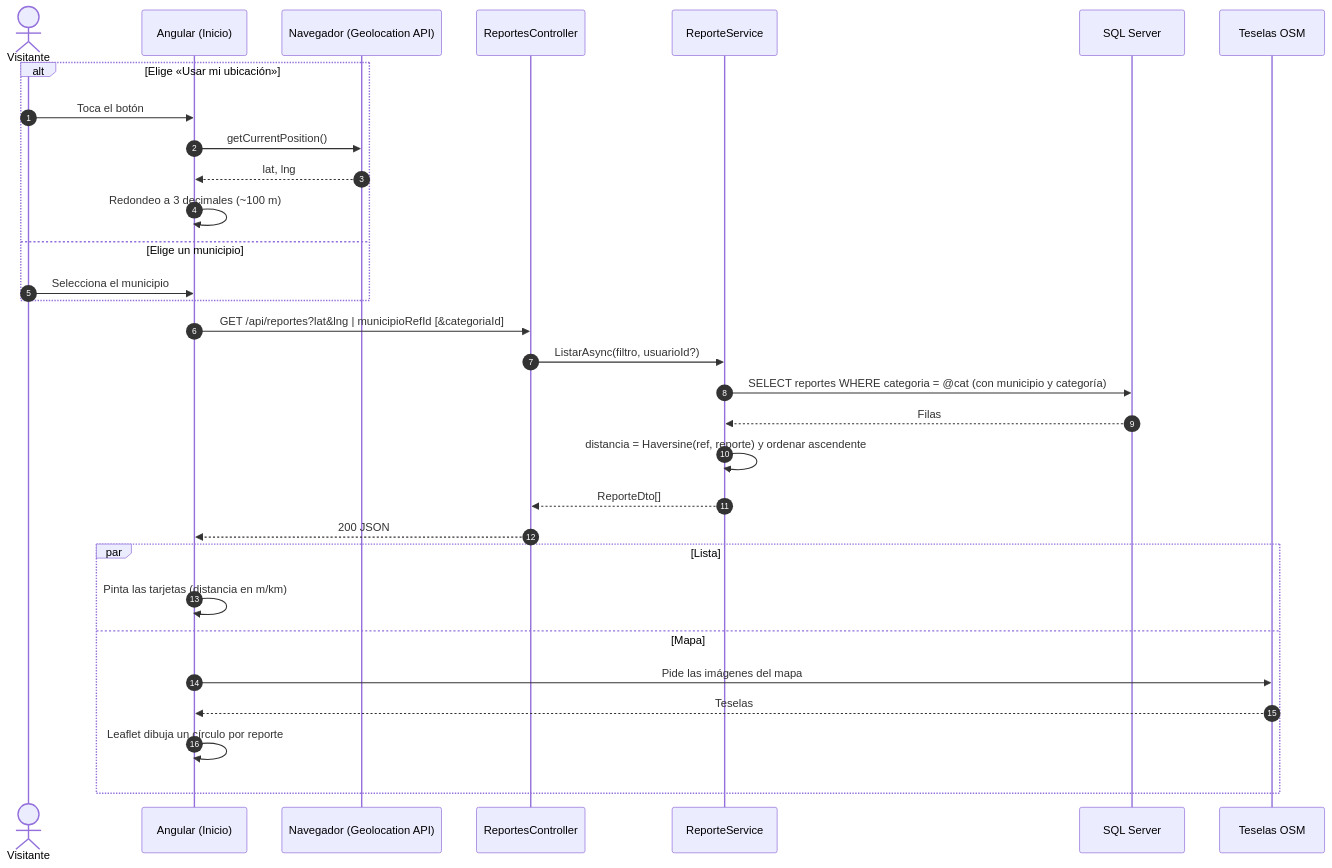
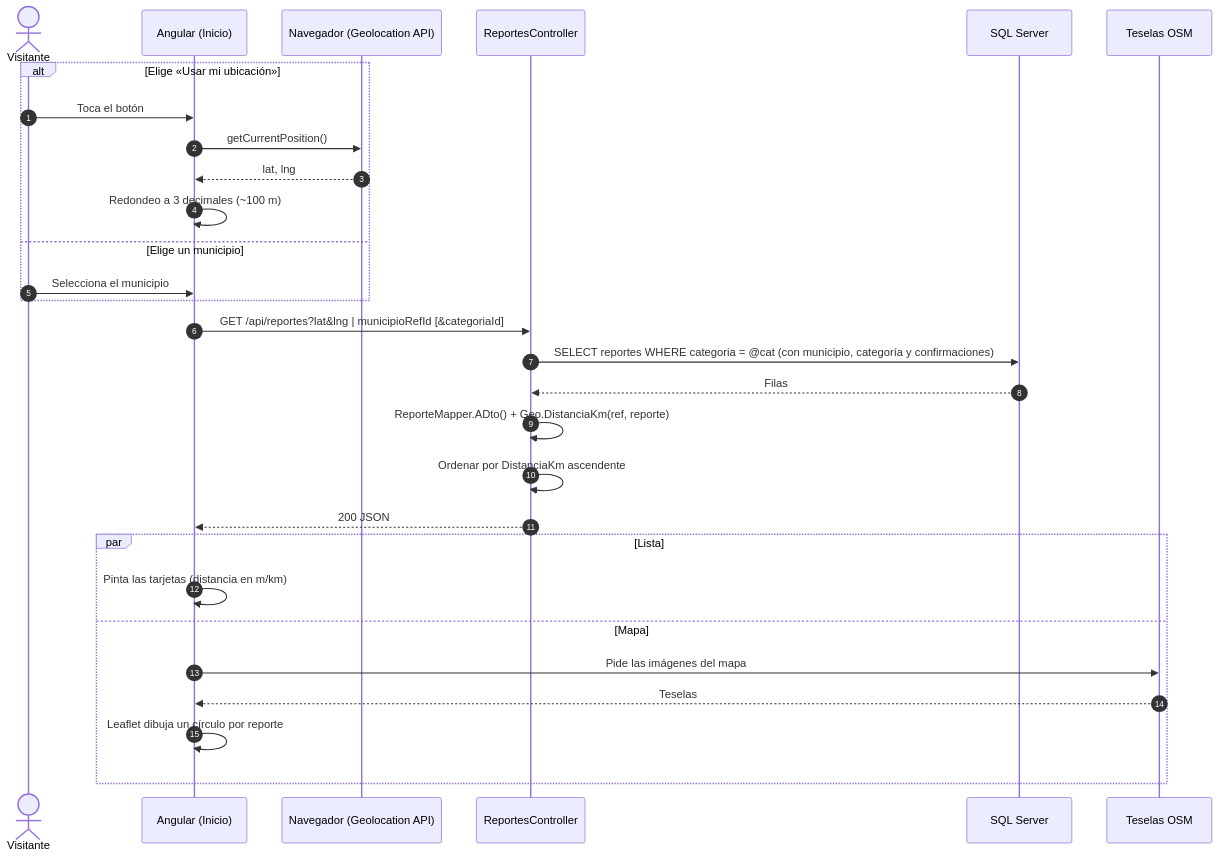
The seventh of 12 diagrams in docs/02-diagramas-uml.md (sergionieto1604/caminoSeguro), drawn with Mermaid before and after one commit. The commit also changed other lines of this file and 26 other files, not shown here.

````diff
--- a/docs/02-diagramas-uml.md
+++ b/docs/02-diagramas-uml.md
@@ -457,34 +464,32 @@
 ```mermaid
 sequenceDiagram
     autonumber
     actor V as Visitante
     participant FE as Angular (Inicio)
     participant GEO as Navegador (Geolocation API)
     participant C as ReportesController
-    participant S as ReporteService
     participant DB as SQL Server
     participant T as Teselas OSM
 
     alt Elige «Usar mi ubicación»
         V->>FE: Toca el botón
         FE->>GEO: getCurrentPosition()
         GEO-->>FE: lat, lng
         FE->>FE: Redondeo a 3 decimales (~100 m)
     else Elige un municipio
         V->>FE: Selecciona el municipio
     end
     FE->>C: GET /api/reportes?lat&lng | municipioRefId [&categoriaId]
-    C->>S: ListarAsync(filtro, usuarioId?)
-    S->>DB: SELECT reportes WHERE categoria = @cat (con municipio y categoría)
-    DB-->>S: Filas
-    S->>S: distancia = Haversine(ref, reporte) y ordenar ascendente
-    S-->>C: ReporteDto[]
+    C->>DB: SELECT reportes WHERE categoria = @cat (con municipio, categoría y confirmaciones)
+    DB-->>C: Filas
+    C->>C: ReporteMapper.ADto() + Geo.DistanciaKm(ref, reporte)
+    C->>C: Ordenar por DistanciaKm ascendente
     C-->>FE: 200 JSON
     par Lista
         FE->>FE: Pinta las tarjetas (distancia en m/km)
     and Mapa
         FE->>T: Pide las imágenes del mapa
         T-->>FE: Teselas
         FE->>FE: Leaflet dibuja un círculo por reporte
     end
 ```
````
